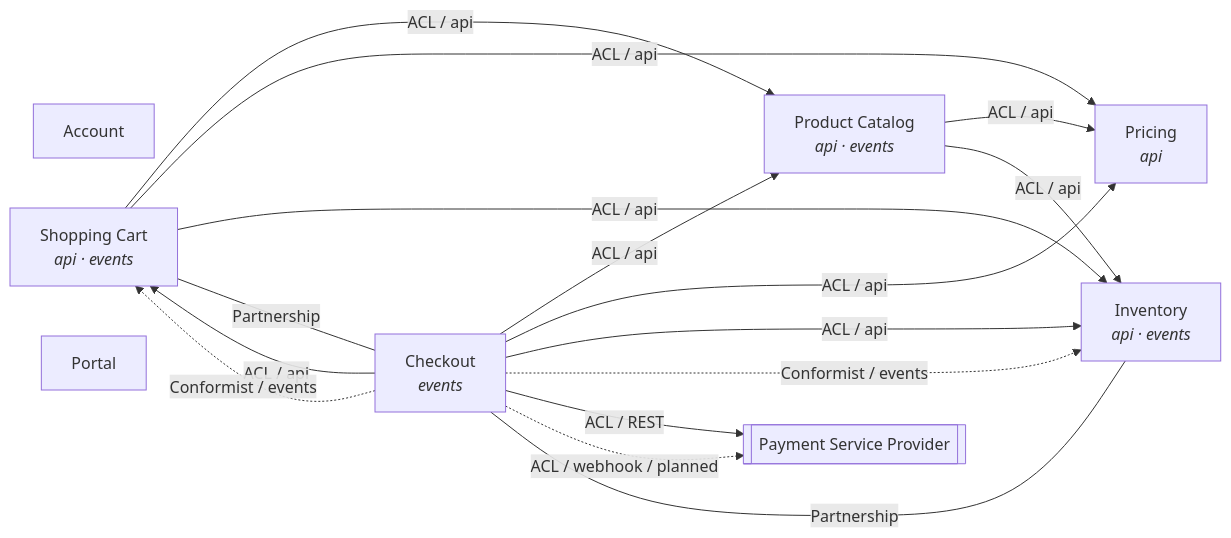
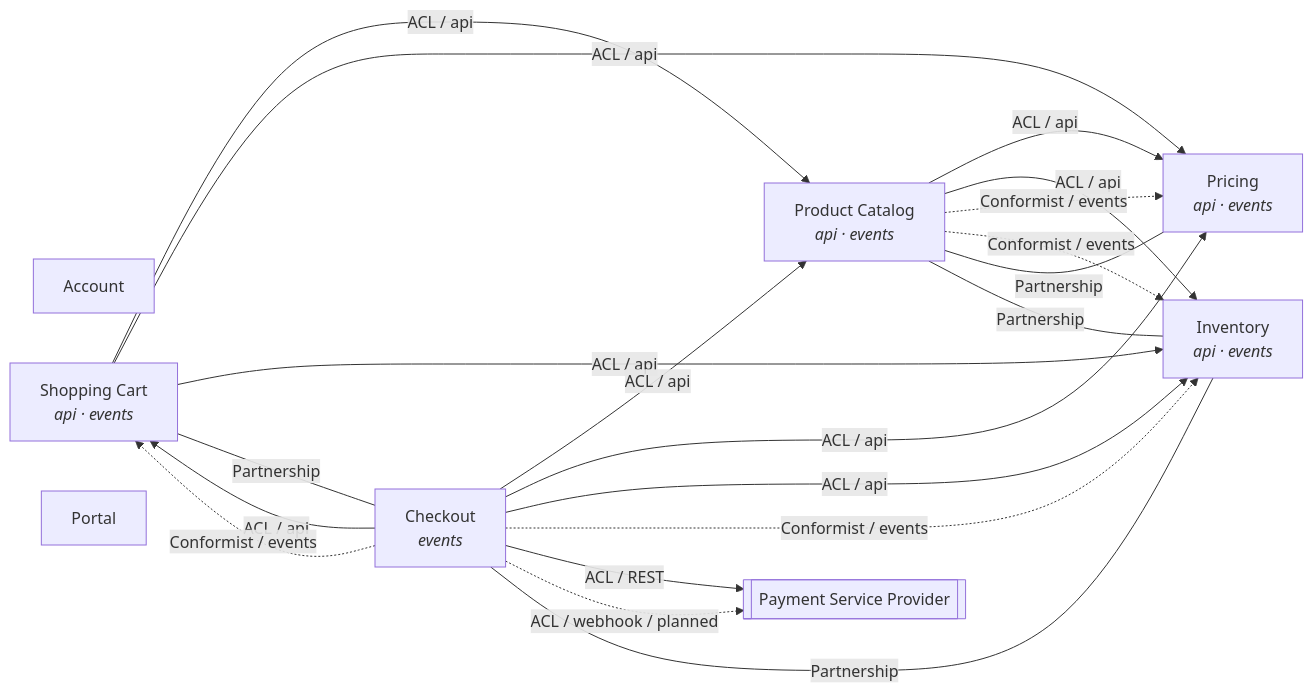
The diagram in docs/architecture/context-map.md (chbloemer/dca-ecommerce-sample), drawn with Mermaid before and after one commit. The commit also changed other lines of this file and 15 other files, not shown here.

First line of the commit message:
feat(pricing,inventory): initialise price and stock from the product event

````diff
--- a/docs/architecture/context-map.md
+++ b/docs/architecture/context-map.md
@@ -30,27 +30,31 @@
 ```mermaid
 graph LR
   account["Account"]
   cart["Shopping Cart<br/><i>api · events</i>"]
   checkout["Checkout<br/><i>events</i>"]
   inventory["Inventory<br/><i>api · events</i>"]
   portal["Portal"]
-  pricing["Pricing<br/><i>api</i>"]
+  pricing["Pricing<br/><i>api · events</i>"]
   product["Product Catalog<br/><i>api · events</i>"]
 
   cart -->|"ACL / api"| product
   cart -->|"ACL / api"| pricing
   cart -->|"ACL / api"| inventory
   checkout -->|"ACL / api"| product
   checkout -->|"ACL / api"| pricing
   checkout -->|"ACL / api"| inventory
   checkout -.->|"Conformist / events"| inventory
   checkout -->|"ACL / api"| cart
   checkout -.->|"Conformist / events"| cart
   product -->|"ACL / api"| pricing
   product -->|"ACL / api"| inventory
+  product -.->|"Conformist / events"| pricing
+  product -.->|"Conformist / events"| inventory
   ext_payment_service_provider[["Payment Service Provider"]]
   checkout -->|"ACL / REST"| ext_payment_service_provider
   checkout -.->|"ACL / webhook / planned"| ext_payment_service_provider
   cart ---|"Partnership"| checkout
   checkout ---|"Partnership"| inventory
+  inventory ---|"Partnership"| product
+  pricing ---|"Partnership"| product
 ```
````
